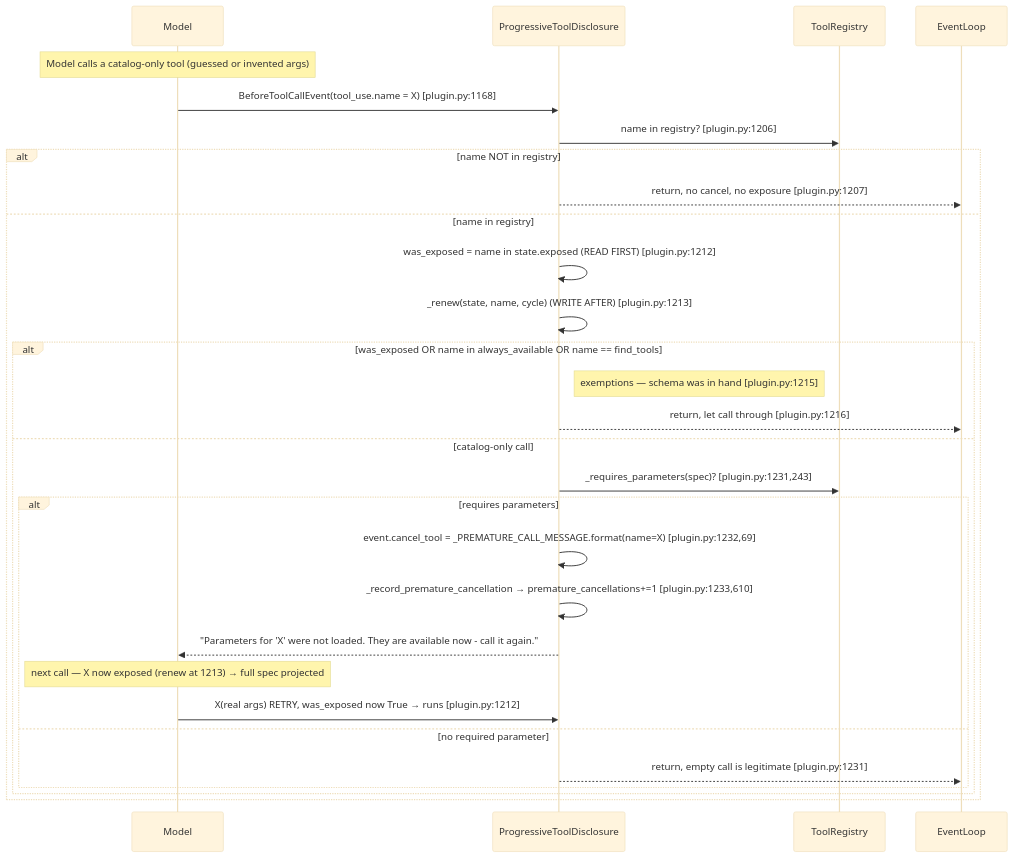
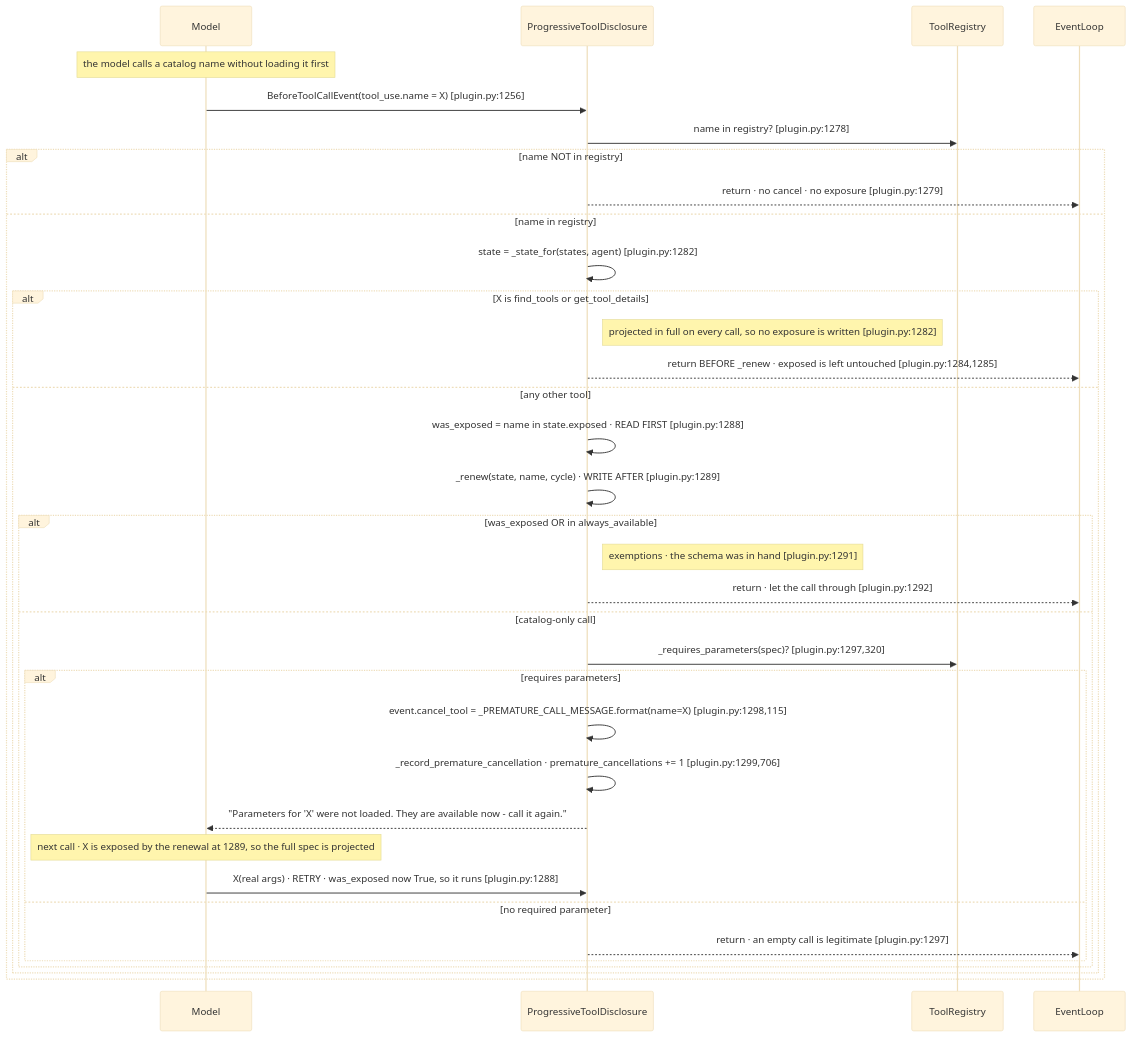
Before and after one commit to aws-samples/sample-context-engineering: the fourth of 5 diagrams in docs/design/sequence/sequence-b-progressive-tool-disclosure.md, drawn with Mermaid (base theme). The commit also changed other lines of this file and 5 other files, not shown here.

First line of the commit message:
docs(disclosure): describe the system-prompt catalog and get_tool_details

````diff
--- a/docs/design/sequence/sequence-b-progressive-tool-disclosure.md
+++ b/docs/design/sequence/sequence-b-progressive-tool-disclosure.md
@@ -306,32 +277,38 @@
 ```mermaid
 sequenceDiagram
     participant Model
     participant Plugin as ProgressiveToolDisclosure
     participant Reg as ToolRegistry
     participant EventLoop
 
-    Note over Model: Model calls a catalog-only tool (guessed or invented args)
-    Model->>Plugin: BeforeToolCallEvent(tool_use.name = X) [plugin.py:1168]
-    Plugin->>Reg: name in registry? [plugin.py:1206]
+    Note over Model: the model calls a catalog name without loading it first
+    Model->>Plugin: BeforeToolCallEvent(tool_use.name = X) [plugin.py:1256]
+    Plugin->>Reg: name in registry? [plugin.py:1278]
     alt name NOT in registry
-        Plugin-->>EventLoop: return, no cancel, no exposure [plugin.py:1207]
+        Plugin-->>EventLoop: return · no cancel · no exposure [plugin.py:1279]
     else name in registry
-        Plugin->>Plugin: was_exposed = name in state.exposed  (READ FIRST) [plugin.py:1212]
-        Plugin->>Plugin: _renew(state, name, cycle)  (WRITE AFTER) [plugin.py:1213]
-        alt was_exposed OR name in always_available OR name == find_tools
-            Note right of Plugin: exemptions — schema was in hand [plugin.py:1215]
-            Plugin-->>EventLoop: return, let call through [plugin.py:1216]
-        else catalog-only call
-            Plugin->>Reg: _requires_parameters(spec)? [plugin.py:1231,243]
-            alt requires parameters
-                Plugin->>Plugin: event.cancel_tool = _PREMATURE_CALL_MESSAGE.format(name=X) [plugin.py:1232,69]
-                Plugin->>Plugin: _record_premature_cancellation → premature_cancellations+=1 [plugin.py:1233,610]
-                Plugin-->>Model: "Parameters for 'X' were not loaded. They are available now - call it again."
-                Note over Model: next call — X now exposed (renew at 1213) → full spec projected
-                Model->>Plugin: X(real args)  RETRY, was_exposed now True → runs [plugin.py:1212]
-            else no required parameter
-                Plugin-->>EventLoop: return, empty call is legitimate [plugin.py:1231]
+        Plugin->>Plugin: state = _state_for(states, agent) [plugin.py:1282]
+        alt X is find_tools or get_tool_details
+            Note right of Plugin: projected in full on every call, so no exposure is written [plugin.py:1282]
+            Plugin-->>EventLoop: return BEFORE _renew · exposed is left untouched [plugin.py:1284,1285]
+        else any other tool
+            Plugin->>Plugin: was_exposed = name in state.exposed · READ FIRST [plugin.py:1288]
+            Plugin->>Plugin: _renew(state, name, cycle) · WRITE AFTER [plugin.py:1289]
+            alt was_exposed OR in always_available
+                Note right of Plugin: exemptions · the schema was in hand [plugin.py:1291]
+                Plugin-->>EventLoop: return · let the call through [plugin.py:1292]
+            else catalog-only call
+                Plugin->>Reg: _requires_parameters(spec)? [plugin.py:1297,320]
+                alt requires parameters
+                    Plugin->>Plugin: event.cancel_tool = _PREMATURE_CALL_MESSAGE.format(name=X) [plugin.py:1298,115]
+                    Plugin->>Plugin: _record_premature_cancellation · premature_cancellations += 1 [plugin.py:1299,706]
+                    Plugin-->>Model: "Parameters for 'X' were not loaded. They are available now - call it again."
+                    Note over Model: next call · X is exposed by the renewal at 1289, so the full spec is projected
+                    Model->>Plugin: X(real args) · RETRY · was_exposed now True, so it runs [plugin.py:1288]
+                else no required parameter
+                    Plugin-->>EventLoop: return · an empty call is legitimate [plugin.py:1297]
+                end
             end
         end
     end
 ```
````
